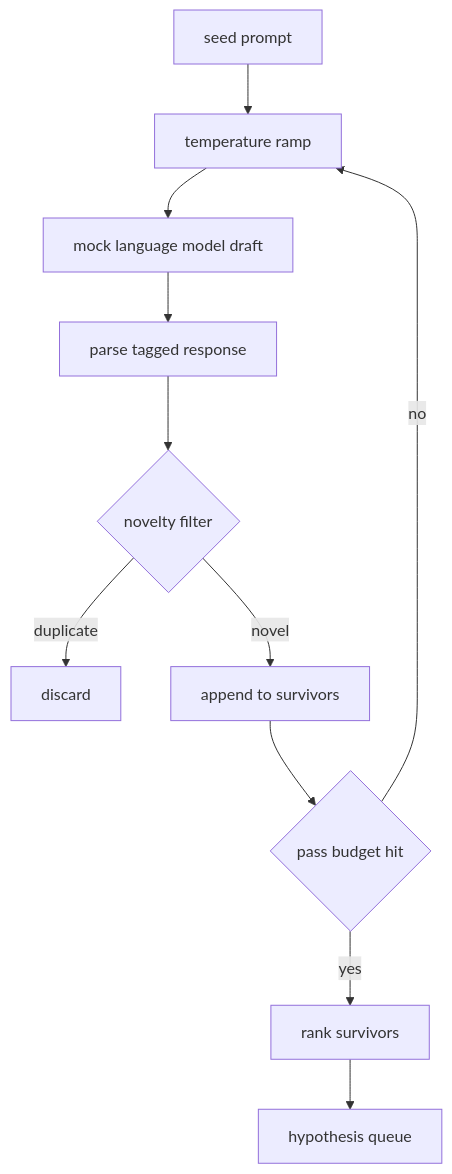
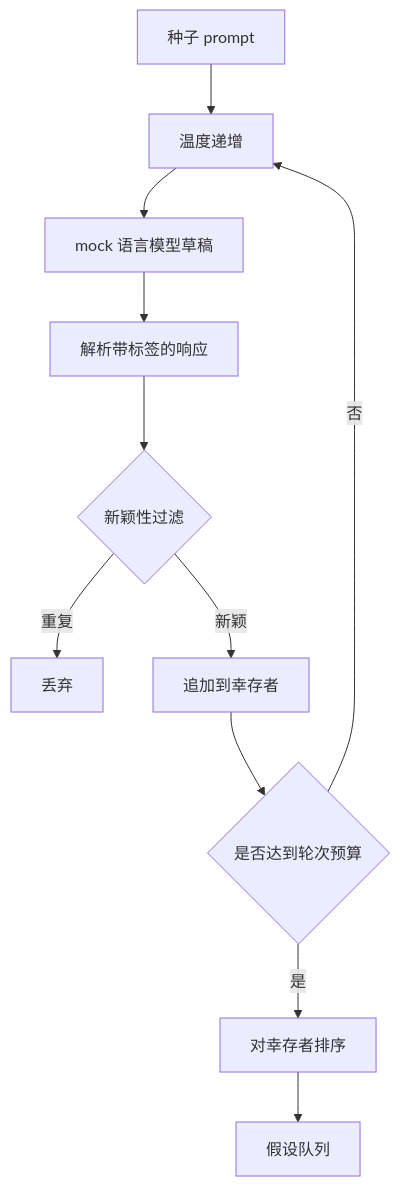
Before and after one commit to alessandrodinisio-ai/ai-engineering-learning-framework: the diagram in phases/19-capstone-projects/50-hypothesis-generator/docs/zh.md, drawn with Mermaid. The commit also changed 120 other files, not shown here.

First line of the commit message:
i18n(mermaid): 337 个 mermaid 图表标签中文化

````diff
--- a/phases/19-capstone-projects/50-hypothesis-generator/docs/zh.md
+++ b/phases/19-capstone-projects/50-hypothesis-generator/docs/zh.md
@@ -47,13 +47,13 @@
 ```mermaid
 flowchart TD
-    A[seed prompt] --> B[temperature ramp]
-    B --> C[mock language model draft]
-    C --> D[parse tagged response]
-    D --> E{novelty filter}
-    E -- duplicate --> F[discard]
-    E -- novel --> G[append to survivors]
-    G --> H{pass budget hit}
-    H -- no --> B
-    H -- yes --> I[rank survivors]
-    I --> J[hypothesis queue]
+    A[种子 prompt] --> B[温度递增]
+    B --> C[mock 语言模型草稿]
+    C --> D[解析带标签的响应]
+    D --> E{新颖性过滤}
+    E -- 重复 --> F[丢弃]
+    E -- 新颖 --> G[追加到幸存者]
+    G --> H{是否达到轮次预算}
+    H -- 否 --> B
+    H -- 是 --> I[对幸存者排序]
+    I --> J[假设队列]
 ```
````
